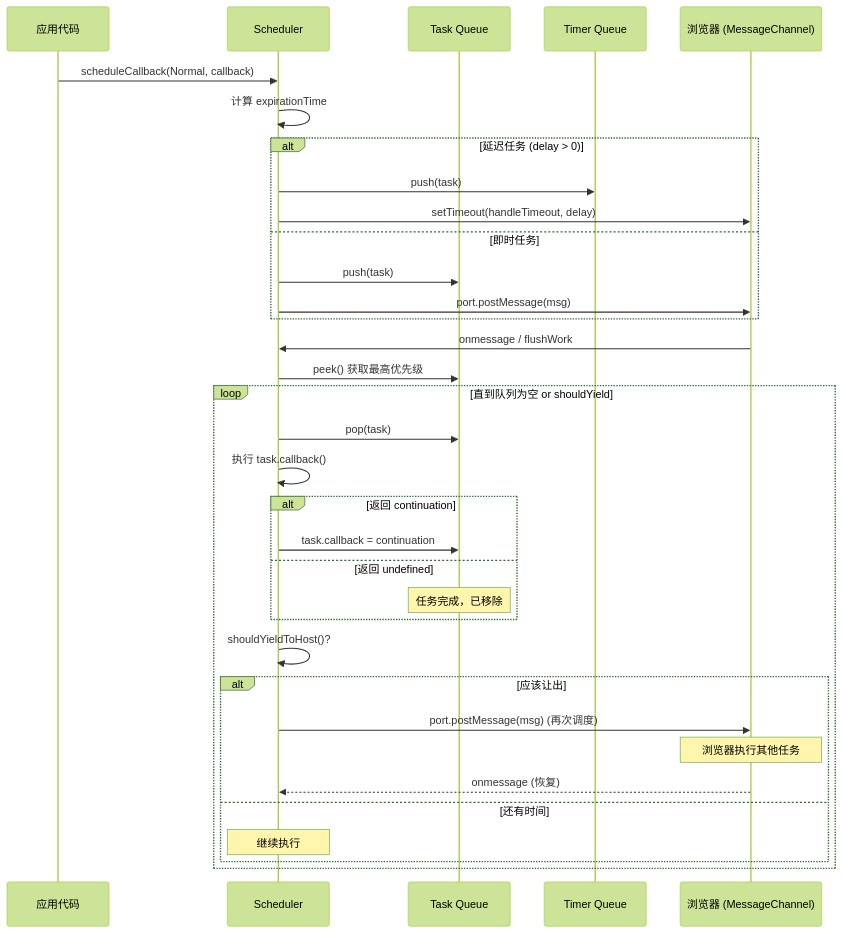
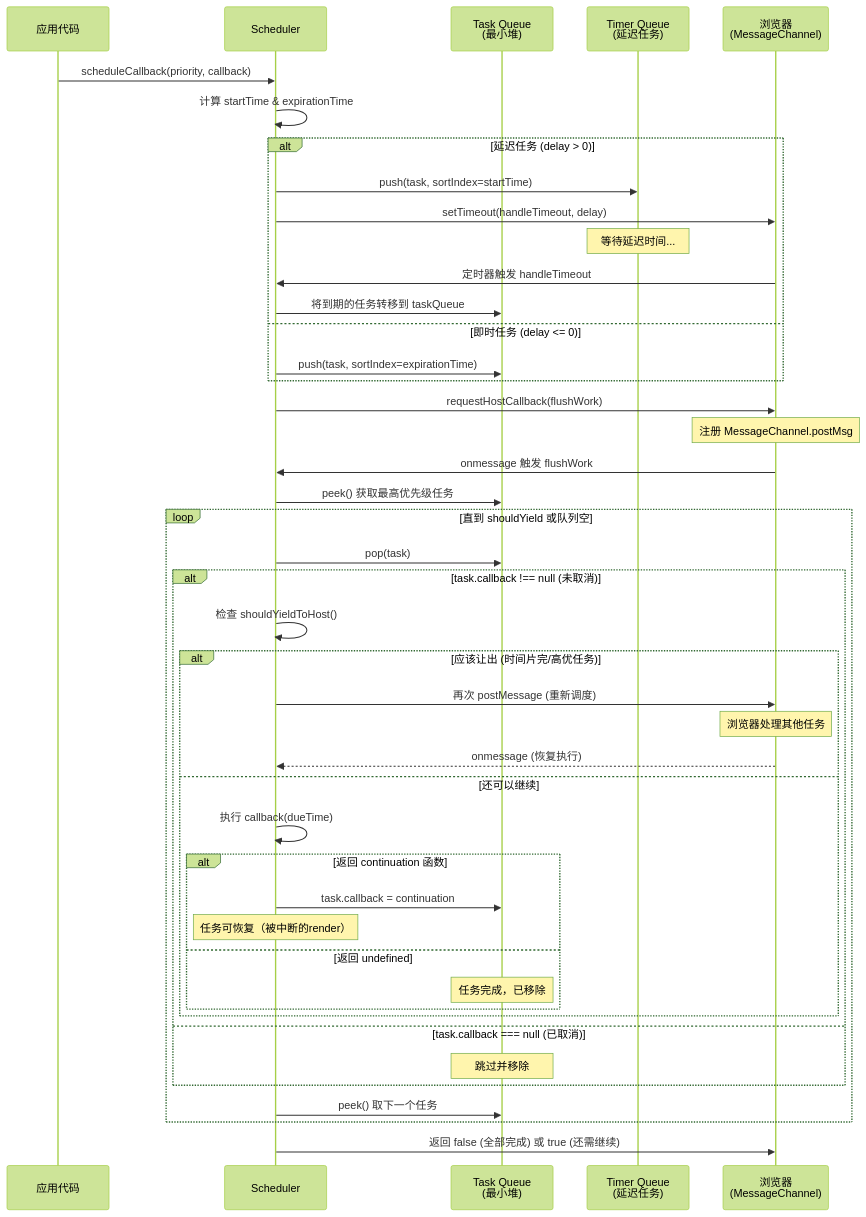
One commit to chengj-code/frontend-knowledge changed the fifth of 6 diagrams in 源码分析/React/basics/React-源码解读-Guide.md. Above: the diagram before and after it, drawn with Mermaid (forest theme). The commit also changed other lines of this file and 1 other file, not shown here.

````diff
--- a/源码分析/React/basics/React-源码解读-Guide.md
+++ b/源码分析/React/basics/React-源码解读-Guide.md
@@ -1798,40 +1989,60 @@
 ```mermaid
 sequenceDiagram
     participant App as 应用代码
     participant Sch as Scheduler
-    participant TQ as Task Queue
-    participant TimerQ as Timer Queue
-    participant Host as 浏览器 (MessageChannel)
+    participant TQ as Task Queue<br/>(最小堆)
+    participant TimerQ as Timer Queue<br/>(延迟任务)
+    participant Host as 浏览器<br/>(MessageChannel)
 
-    App->>Sch: scheduleCallback(Normal, callback)
-    Sch->>Sch: 计算 expirationTime
+    App->>Sch: scheduleCallback(priority, callback)
+    Sch->>Sch: 计算 startTime & expirationTime
+    
     alt 延迟任务 (delay > 0)
-        Sch->>TimerQ: push(task)
+        Sch->>TimerQ: push(task, sortIndex=startTime)
         Sch->>Host: setTimeout(handleTimeout, delay)
-    else 即时任务
-        Sch->>TQ: push(task)
-        Sch->>Host: port.postMessage(msg)
+        Note over TimerQ: 等待延迟时间...
+        Host->>Sch: 定时器触发 handleTimeout
+        Sch->>TQ: 将到期的任务转移到 taskQueue
+        
+    else 即时任务 (delay <= 0)
+        Sch->>TQ: push(task, sortIndex=expirationTime)
     end
     
-    Host->>Sch: onmessage / flushWork
-    Sch->>TQ: peek() 获取最高优先级
+    Sch->>Host: requestHostCallback(flushWork)
+    Note over Host: 注册 MessageChannel.postMsg
     
-    loop 直到队列为空 or shouldYield
+    Host->>Sch: onmessage 触发 flushWork
+    Sch->>TQ: peek() 获取最高优先级任务
+    
+    loop 直到 shouldYield 或队列空
         Sch->>TQ: pop(task)
-        Sch->>Sch: 执行 task.callback()
-        alt 返回 continuation
-            Sch->>TQ: task.callback = continuation
-        else 返回 undefined
-            Note over TQ: 任务完成，已移除
+        
+        alt task.callback !== null (未取消)
+            Sch->>Sch: 检查 shouldYieldToHost()
+            
+            alt 应该让出 (时间片完/高优任务)
+                Sch->>Host: 再次 postMessage (重新调度)
+                Note over Host: 浏览器处理其他任务
+                Host-->>Sch: onmessage (恢复执行)
+                
+            else 还可以继续
+                Sch->>Sch: 执行 callback(dueTime)
+                
+                alt 返回 continuation 函数
+                    Sch->>TQ: task.callback = continuation
+                    Note over Sch: 任务可恢复（被中断的render）
+                    
+                else 返回 undefined
+                    Note over TQ: 任务完成，已移除
+                end
+            end
+            
+        else task.callback === null (已取消)
+            Note over TQ: 跳过并移除
         end
         
-        Sch->>Sch: shouldYieldToHost()?
-        alt 应该让出
-            Sch->>Host: port.postMessage(msg) (再次调度)
-            Note over Host: 浏览器执行其他任务
-            Host-->>Sch: onmessage (恢复)
-        else 还有时间
-            Note over Sch: 继续执行
-        end
+        Sch->>TQ: peek() 取下一个任务
     end
+    
+    Sch->>Host: 返回 false (全部完成) 或 true (还需继续)
 ```
````
